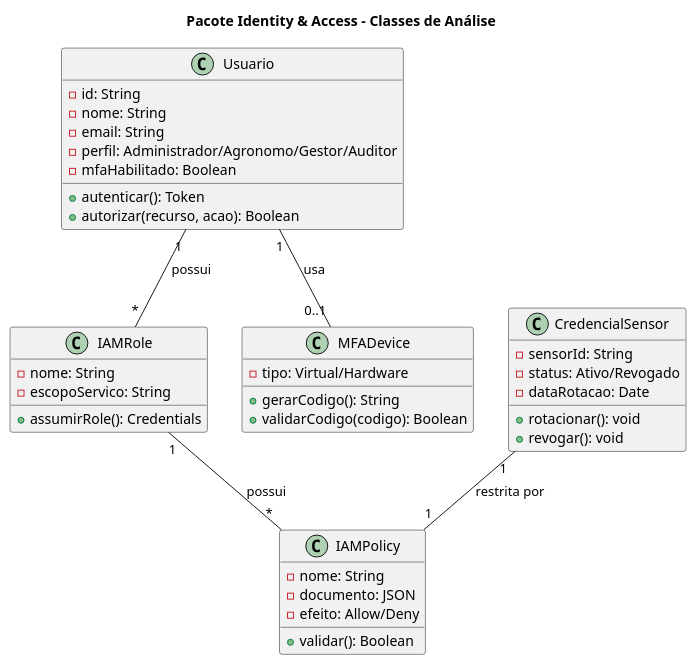
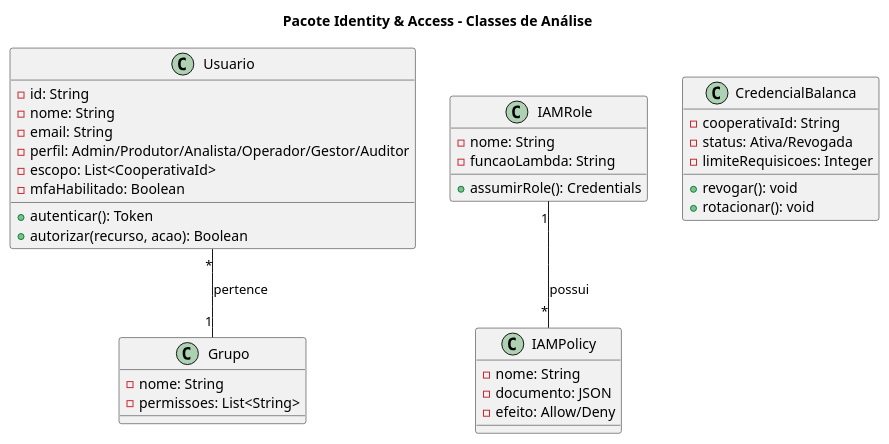
Before and after one commit to Projetos-de-Extensao/PC_ADS_26.2_8001_II: the second of 6 diagrams in docs/Elaboracao/modelo_analise_seguranca.md, drawn with PlantUML. The commit also changed other lines of this file and 8 other files, not shown here.

````diff
--- a/docs/Elaboracao/modelo_analise_seguranca.md
+++ b/docs/Elaboracao/modelo_analise_seguranca.md
@@ -162,47 +162,44 @@
 ```plantuml
 @startuml IdentityAccess_Classes
 title Pacote Identity & Access - Classes de Análise
 
 class Usuario {
   -id: String
   -nome: String
   -email: String
-  -perfil: Administrador/Agronomo/Gestor/Auditor
+  -perfil: Admin/Produtor/Analista/Operador/Gestor/Auditor
+  -escopo: List<CooperativaId>
   -mfaHabilitado: Boolean
   +autenticar(): Token
   +autorizar(recurso, acao): Boolean
 }
 
+class Grupo {
+  -nome: String
+  -permissoes: List<String>
+}
+
 class IAMRole {
   -nome: String
-  -escopoServico: String
+  -funcaoLambda: String
   +assumirRole(): Credentials
 }
 
 class IAMPolicy {
   -nome: String
   -documento: JSON
   -efeito: Allow/Deny
-  +validar(): Boolean
 }
 
-class MFADevice {
-  -tipo: Virtual/Hardware
-  +gerarCodigo(): String
-  +validarCodigo(codigo): Boolean
+class CredencialBalanca {
+  -cooperativaId: String
+  -status: Ativa/Revogada
+  -limiteRequisicoes: Integer
+  +revogar(): void
+  +rotacionar(): void
 }
 
-class CredencialSensor {
-  -sensorId: String
-  -status: Ativo/Revogado
-  -dataRotacao: Date
-  +rotacionar(): void
-  +revogar(): void
-}
-
-Usuario "1" -- "0..1" MFADevice : usa
-Usuario "1" -- "*" IAMRole : possui
+Usuario "*" -- "1" Grupo : pertence
 IAMRole "1" -- "*" IAMPolicy : possui
-CredencialSensor "1" -- "1" IAMPolicy : restrita por
 @enduml
 ```
````
